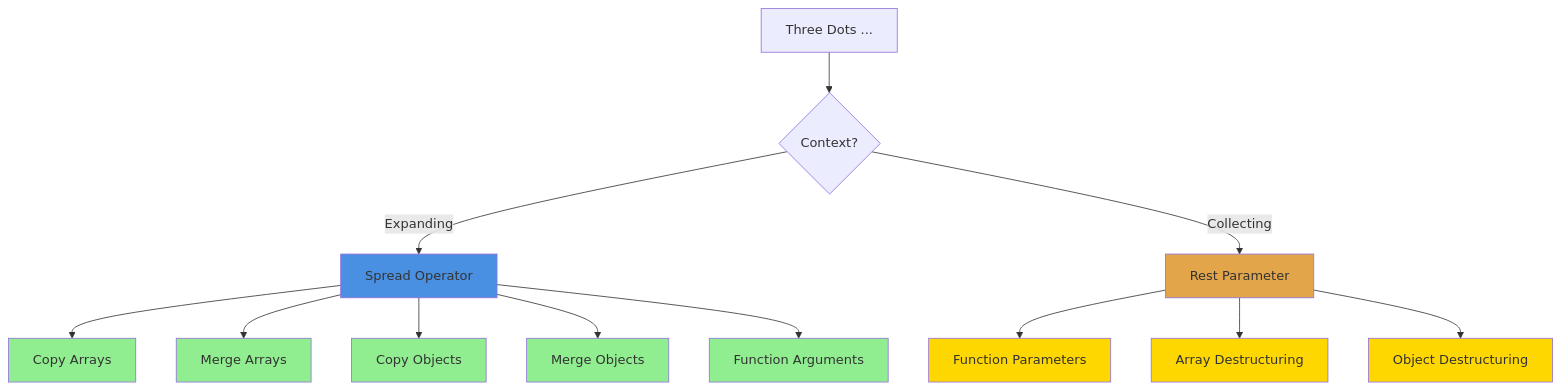
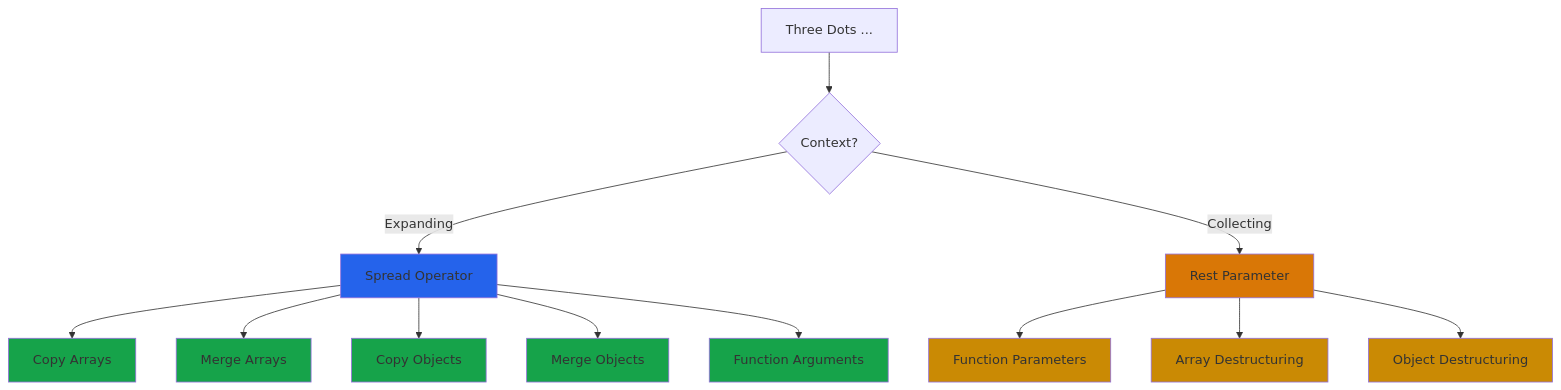
The diagram in javascript/spread_rest/README.md (upasanaprabhakar/web-dev-handbook), drawn with Mermaid before and after one commit.

Commit message:
spread and rest operators topic with examples

````diff
--- a/javascript/spread_rest/README.md
+++ b/javascript/spread_rest/README.md
@@ -103,28 +103,29 @@
 ```mermaid
 graph TD
     A[Three Dots ...] --> B{Context?}
     
     B -->|Expanding| C[Spread Operator]
     B -->|Collecting| D[Rest Parameter]
     
     C --> E[Copy Arrays]
     C --> F[Merge Arrays]
     C --> G[Copy Objects]
     C --> H[Merge Objects]
     C --> I[Function Arguments]
     
     D --> J[Function Parameters]
     D --> K[Array Destructuring]
     D --> L[Object Destructuring]
     
-    style C fill:#4a90e2
-    style D fill:#e2a54a
-    style E fill:#90EE90
-    style F fill:#90EE90
-    style G fill:#90EE90
-    style H fill:#90EE90
-    style I fill:#90EE90
-    style J fill:#FFD700
-    style K fill:#FFD700
-    style L fill:#FFD700
+    style C fill:#2563EB
+    style D fill:#D97706
+    style E fill:#16A34A
+    style F fill:#16A34A
+    style G fill:#16A34A
+    style H fill:#16A34A
+    style I fill:#16A34A
+    style J fill:#CA8A04
+    style K fill:#CA8A04
+    style L fill:#CA8A04
+
 ```
````
